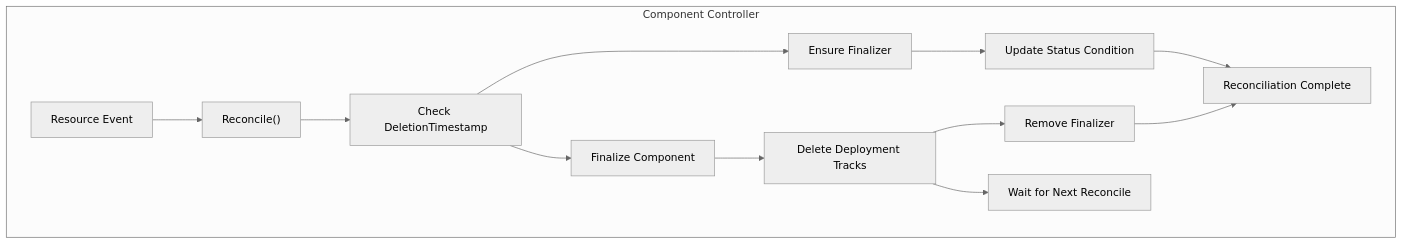
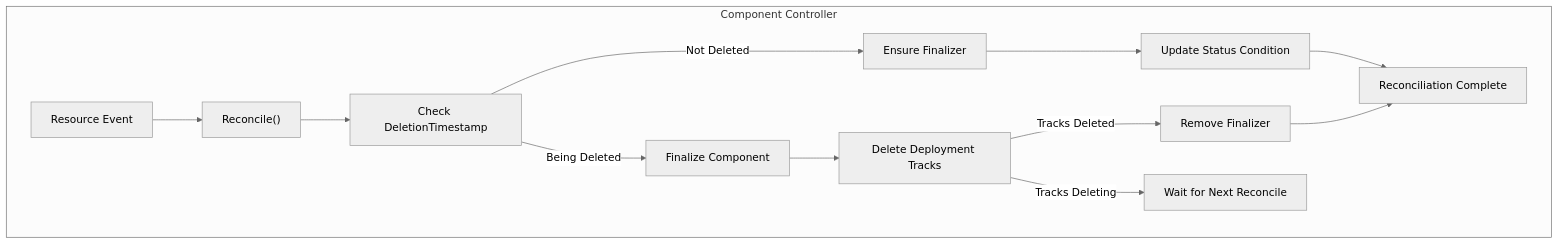
The second of 6 diagrams in docs/deepwiki/Application-Resources.md (openchoreo/openchoreo), drawn with Mermaid (neutral theme) before and after one commit. The commit also changed other lines of this file and 85 other files, not shown here.

Commit message:
feat: Add new workflow and specification templates, update Helm chart dependencies, and clarify documentation diagrams.

````diff
--- a/docs/deepwiki/Application-Resources.md
+++ b/docs/deepwiki/Application-Resources.md
@@ -91,37 +91,37 @@
 ```mermaid
 flowchart TD
 
 Event["Resource Event"]
 Reconcile["Reconcile()"]
 Check["Check DeletionTimestamp"]
 Finalizer["Ensure Finalizer"]
 Finalize["Finalize Component"]
 UpdateStatus["Update Status Condition"]
 Complete["Reconciliation Complete"]
 DeleteTracks["Delete Deployment Tracks"]
 RemoveFinalizer["Remove Finalizer"]
 Wait["Wait for Next Reconcile"]
 
 subgraph subGraph0 ["Component Controller"]
     Event
     Reconcile
     Check
     Finalizer
     Finalize
     UpdateStatus
     Complete
     DeleteTracks
     RemoveFinalizer
     Wait
     Event --> Reconcile
     Reconcile --> Check
-    Check --> Finalizer
-    Check --> Finalize
+    Check -->|"Not Deleted"| Finalizer
+    Check -->|"Being Deleted"| Finalize
     Finalizer --> UpdateStatus
     UpdateStatus --> Complete
     Finalize --> DeleteTracks
-    DeleteTracks --> RemoveFinalizer
-    DeleteTracks --> Wait
+    DeleteTracks -->|"Tracks Deleted"| RemoveFinalizer
+    DeleteTracks -->|"Tracks Deleting"| Wait
     RemoveFinalizer --> Complete
 end
 ```
````
